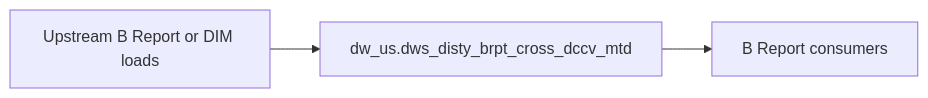
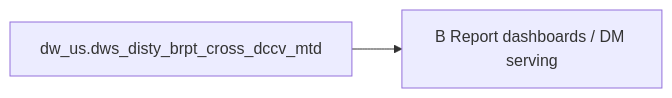
Before and after one commit to chengduhaha/data_agent: the diagram in backend/defaults/b_report/workspace/target/knowledgebase/b-report-us/dws_disty_brpt_cross_dccv_mtd.md, drawn with Mermaid. The commit also changed other lines of this file and 1108 other files, not shown here.

````diff
--- a/backend/defaults/b_report/workspace/target/knowledgebase/b-report-us/dws_disty_brpt_cross_dccv_mtd.md
+++ b/backend/defaults/b_report/workspace/target/knowledgebase/b-report-us/dws_disty_brpt_cross_dccv_mtd.md
@@ -154,8 +282,6 @@
 ```mermaid
 flowchart LR
-  upstream[Upstream B Report or DIM loads]
-  tgt["dw_us.dws_disty_brpt_cross_dccv_mtd"]
-  brpt[B Report consumers]
-  upstream --> tgt
-  tgt --> brpt
+  dw_us_dws_disty_brpt_cross_dccv_mtd["dw_us.dws_disty_brpt_cross_dccv_mtd"]
+  consumers["B Report dashboards / DM serving"]
+  dw_us_dws_disty_brpt_cross_dccv_mtd --> consumers
 ```
````
